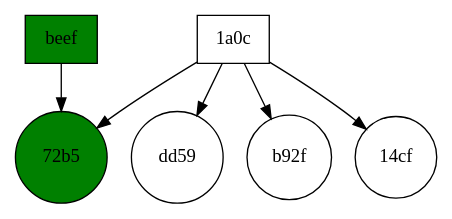
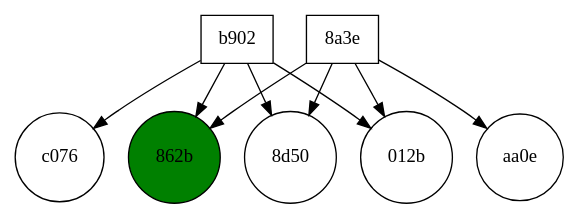
The diagram in doctest-output/visitor.gv (ziyadalrasbi/F20SC-CW2), drawn with Graphviz before and after one commit. The commit also changed 2 other files, not shown here.

```diff
--- a/doctest-output/visitor.gv
+++ b/doctest-output/visitor.gv
@@ -1,19 +1,31 @@
 digraph visitor {
 	graph [rank=min]
 	node [shape=rectangle]
-	"00000000deadbeef" [label=beef fillcolor=green shape=rectangle style=filled]
-	"00000000deadbeef" -> "100806162735-00000000115598650cb8b514246272b5"
-	"4108dc09bfe11a0c" [label="1a0c" fillcolor=white shape=rectangle style=filled]
-	"4108dc09bfe11a0c" -> "100405170355-00000000ee4bfd24d2ff703b9147dd59"
-	"4108dc09bfe11a0c" -> "100806162735-00000000115598650cb8b514246272b5"
-	"4108dc09bfe11a0c" -> "100806172045-0000000081705fbea3553bd0d745b92f"
-	"4108dc09bfe11a0c" -> "101122221951-00000000a695c340822e61891c8f14cf"
+	"3c01241d5c3a8a3e" [label="8a3e" fillcolor=white shape=rectangle style=filled]
+	"3c01241d5c3a8a3e" -> "140310170010-0000000067dc80801f1df696ae52862b"
+	"3c01241d5c3a8a3e" -> "140310171202-000000002e5a8ff1f577548fec708d50"
+	"3c01241d5c3a8a3e" -> "140310171030-000000008b8d98e95ac0797e7fdb012b"
+	"3c01241d5c3a8a3e" -> "140310165657-0000000068d21bb99dec3ad6ee60aa0e"
+	"4065369dbee2b902" [label=b902 fillcolor=white shape=rectangle style=filled]
+	"4065369dbee2b902" -> "140310170010-0000000067dc80801f1df696ae52862b"
+	"4065369dbee2b902" -> "140310171202-000000002e5a8ff1f577548fec708d50"
+	"4065369dbee2b902" -> "140310171030-000000008b8d98e95ac0797e7fdb012b"
+	"4065369dbee2b902" -> "140310171114-00000000950ae9deb4faca996b0ec076"
 	subgraph document {
 		graph [rank=max]
 		node [shape=circle]
-		"100806162735-00000000115598650cb8b514246272b5" [label="72b5" fillcolor=green shape=circle style=filled]
-		"100405170355-00000000ee4bfd24d2ff703b9147dd59" [label=dd59 fillcolor=white shape=circle style=filled]
-		"100806172045-0000000081705fbea3553bd0d745b92f" [label=b92f fillcolor=white shape=circle style=filled]
-		"101122221951-00000000a695c340822e61891c8f14cf" [label="14cf" fillcolor=white shape=circle style=filled]
+		"140310170010-0000000067dc80801f1df696ae52862b" [label="862b" fillcolor=green shape=circle style=filled]
+		"140310171202-000000002e5a8ff1f577548fec708d50" [label="8d50" fillcolor=white shape=circle style=filled]
+		"140310171030-000000008b8d98e95ac0797e7fdb012b" [label="012b" fillcolor=white shape=circle style=filled]
+		"140310165657-0000000068d21bb99dec3ad6ee60aa0e" [label=aa0e fillcolor=white shape=circle style=filled]
+		"140310171114-00000000950ae9deb4faca996b0ec076" [label=c076 fillcolor=white shape=circle style=filled]
+		"140310171202-000000002e5a8ff1f577548fec708d50" [label="8d50" fillcolor=white shape=circle style=filled]
+		"140310171030-000000008b8d98e95ac0797e7fdb012b" [label="012b" fillcolor=white shape=circle style=filled]
+		"140310165657-0000000068d21bb99dec3ad6ee60aa0e" [label=aa0e fillcolor=white shape=circle style=filled]
+		"140310171114-00000000950ae9deb4faca996b0ec076" [label=c076 fillcolor=white shape=circle style=filled]
+		"140310171202-000000002e5a8ff1f577548fec708d50" [label="8d50" fillcolor=white shape=circle style=filled]
+		"140310171030-000000008b8d98e95ac0797e7fdb012b" [label="012b" fillcolor=white shape=circle style=filled]
+		"140310165657-0000000068d21bb99dec3ad6ee60aa0e" [label=aa0e fillcolor=white shape=circle style=filled]
+		"140310171114-00000000950ae9deb4faca996b0ec076" [label=c076 fillcolor=white shape=circle style=filled]
 	}
 }
```
